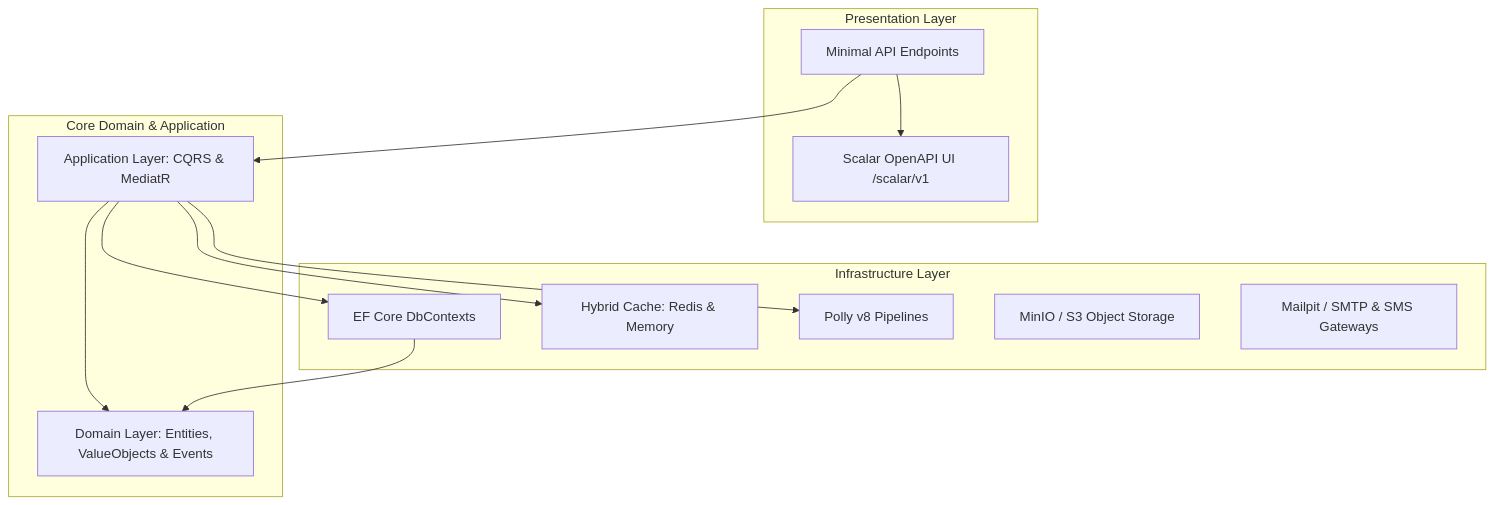
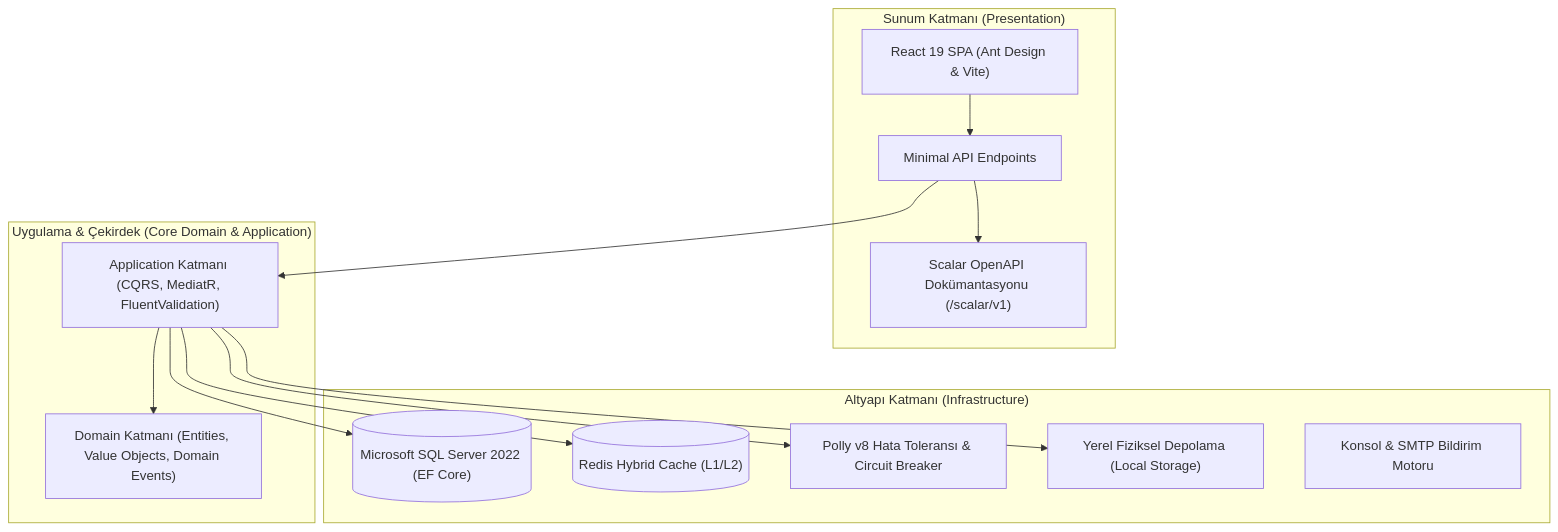
Before and after one commit to ismailcanuslu/ogrenci-bilgi-sistemi: the diagram in README.md, drawn with Mermaid. The commit also changed other lines of this file and 2 other files, not shown here.

Commit message:
docs: Üniversite OBS mimarisi ve dokümantasyonu README'ye uyarlandı

````diff
--- a/README.md
+++ b/README.md
@@ -52,28 +23,30 @@
 ```mermaid
 graph TD
-    subgraph "Presentation Layer"
-        Scalar[Scalar OpenAPI UI /scalar/v1]
-        Endpoints[Minimal API Endpoints]
+    subgraph "Sunum Katmanı (Presentation)"
+        SPA["React 19 SPA (Ant Design & Vite)"]
+        Scalar["Scalar OpenAPI Dokümantasyonu (/scalar/v1)"]
+        Endpoints["Minimal API Endpoints"]
     end
 
-    subgraph "Core Domain & Application"
-        Application[Application Layer: CQRS & MediatR]
-        Domain[Domain Layer: Entities, ValueObjects & Events]
+    subgraph "Uygulama & Çekirdek (Core Domain & Application)"
+        Application["Application Katmanı (CQRS, MediatR, FluentValidation)"]
+        Domain["Domain Katmanı (Entities, Value Objects, Domain Events)"]
     end
 
-    subgraph "Infrastructure Layer"
-        EFCore[EF Core DbContexts]
-        Cache[Hybrid Cache: Redis & Memory]
-        Resilience[Polly v8 Pipelines]
-        Storage[MinIO / S3 Object Storage]
-        Mail[Mailpit / SMTP & SMS Gateways]
+    subgraph "Altyapı Katmanı (Infrastructure)"
+        MSSQL[("Microsoft SQL Server 2022 (EF Core)")]
+        Redis[("Redis Hybrid Cache (L1/L2)")]
+        Resilience["Polly v8 Hata Toleransı & Circuit Breaker"]
+        LocalStorage["Yerel Fiziksel Depolama (Local Storage)"]
+        ConsoleMail["Konsol & SMTP Bildirim Motoru"]
     end
 
+    SPA --> Endpoints
     Endpoints --> Application
     Application --> Domain
-    EFCore --> Domain
-    Application --> EFCore
-    Application --> Cache
+    Application --> MSSQL
+    Application --> Redis
     Application --> Resilience
+    Application --> LocalStorage
     Endpoints --> Scalar
 ```
````
